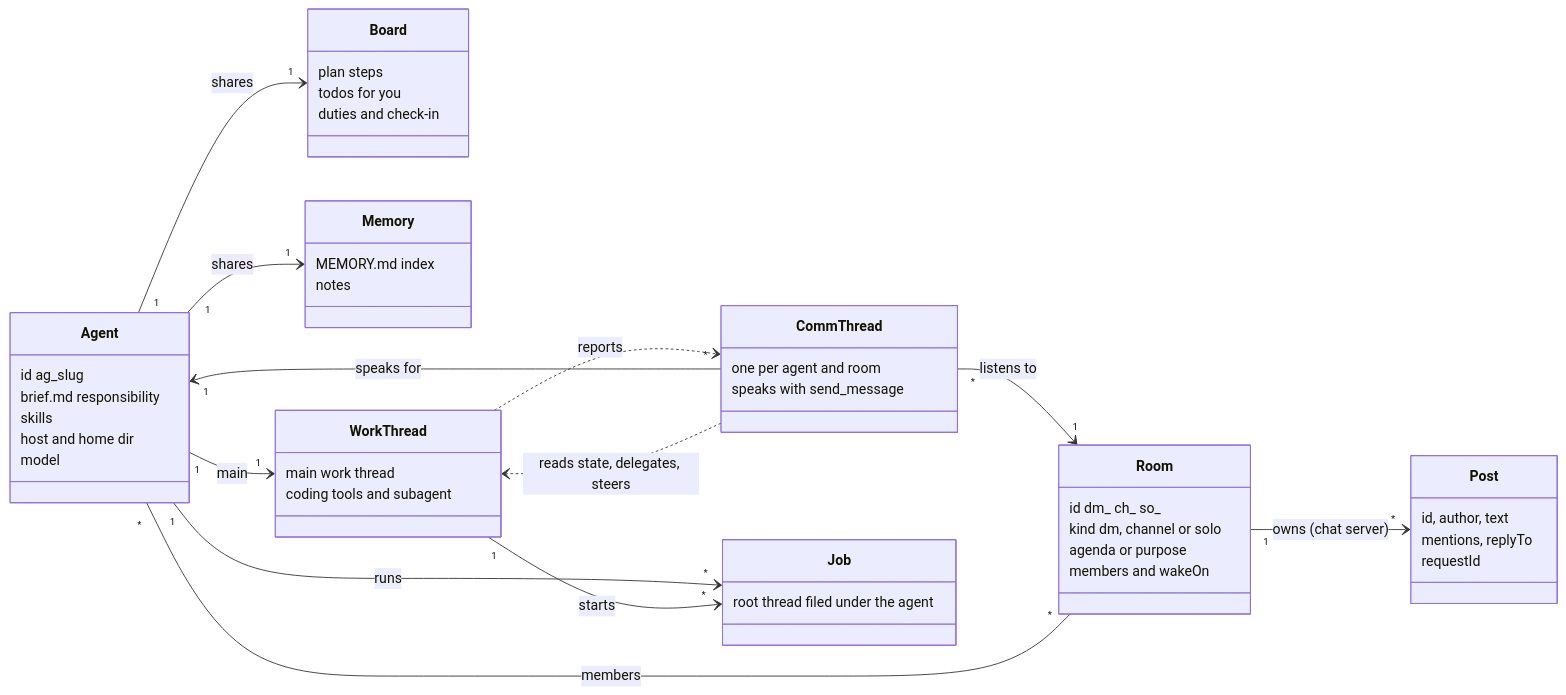
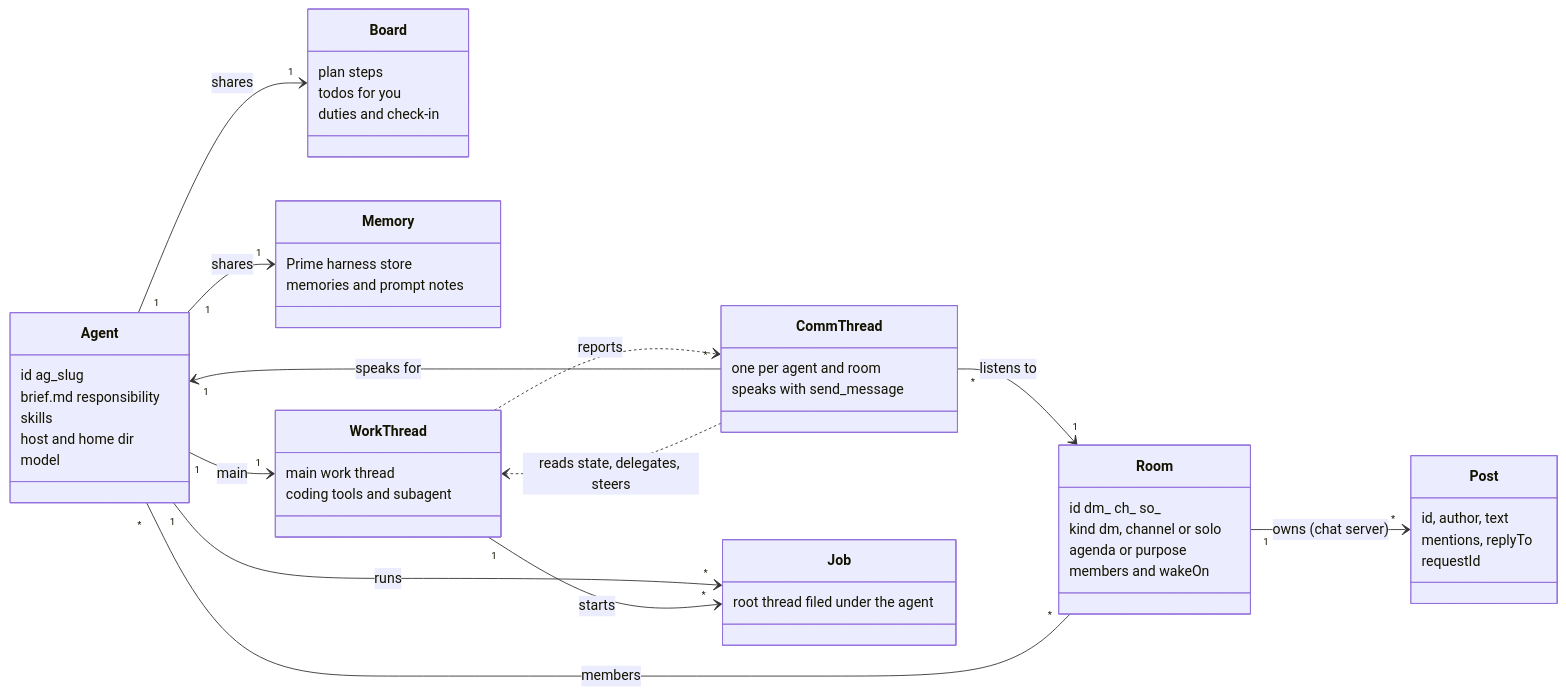
The first of 6 diagrams in apps/chat/docs/agent-model.md (sieu-n/sieun-pi), drawn with Mermaid before and after one commit. The commit also changed other lines of this file, not shown here.

First line of the commit message:
docs(chat): phase 3 is built, and agent memory is Prime's harness store with the agent in the local slot

````diff
--- a/apps/chat/docs/agent-model.md
+++ b/apps/chat/docs/agent-model.md
@@ -49,53 +49,53 @@
 ```mermaid
 classDiagram
   direction LR
   class Agent {
     id ag_slug
     brief.md responsibility
     skills
     host and home dir
     model
   }
   class Board {
     plan steps
     todos for you
     duties and check-in
   }
   class Memory {
-    MEMORY.md index
-    notes
+    Prime harness store
+    memories and prompt notes
   }
   class Room {
     id dm_ ch_ so_
     kind dm, channel or solo
     agenda or purpose
     members and wakeOn
   }
   class Post {
     id, author, text
     mentions, replyTo
     requestId
   }
   class CommThread {
     one per agent and room
     speaks with send_message
   }
   class WorkThread {
     main work thread
     coding tools and subagent
   }
   class Job {
     root thread filed under the agent
   }
   Agent "1" --> "1" Board : shares
   Agent "1" --> "1" Memory : shares
   Agent "1" --> "1" WorkThread : main
   Agent "1" --> "*" Job : runs
   WorkThread "1" --> "*" Job : starts
   Room "1" --> "*" Post : owns (chat server)
   Room "*" -- "*" Agent : members
   CommThread "*" --> "1" Agent : speaks for
   CommThread "*" --> "1" Room : listens to
   CommThread ..> WorkThread : reads state, delegates, steers
   WorkThread ..> CommThread : reports
 ```
````
